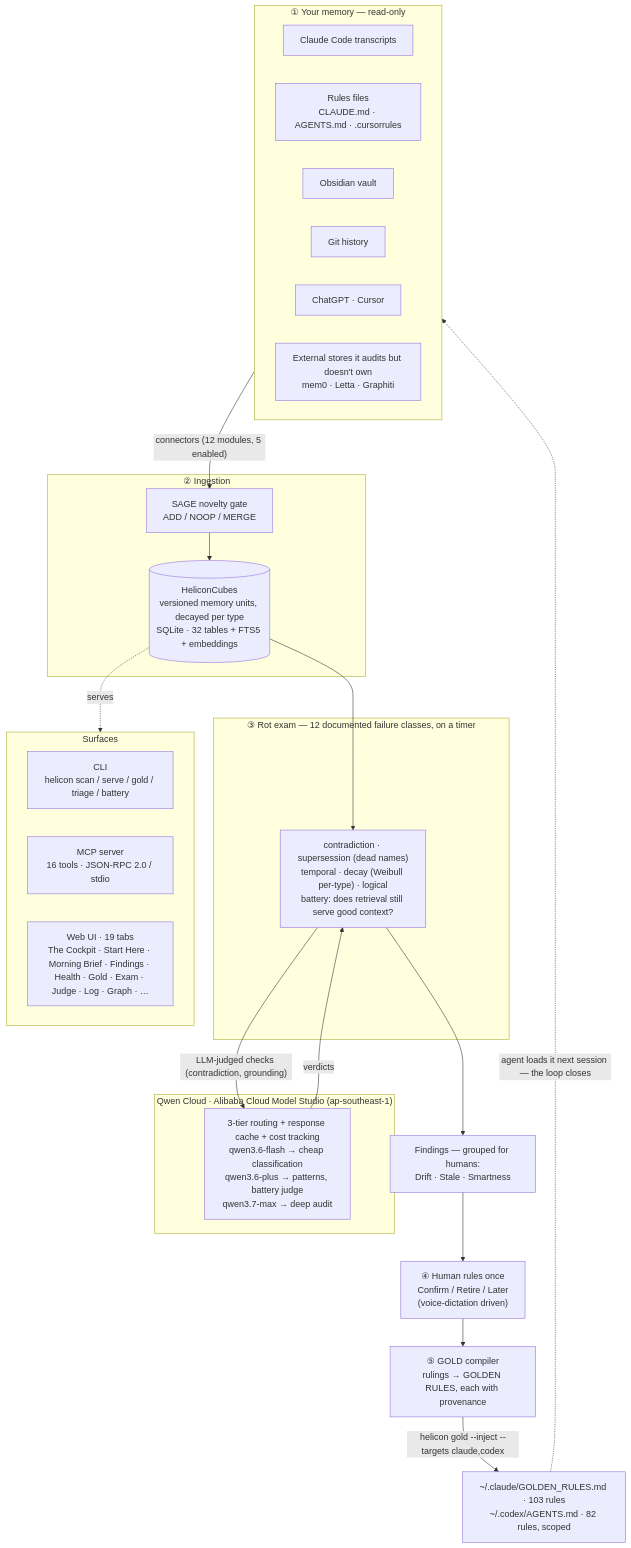
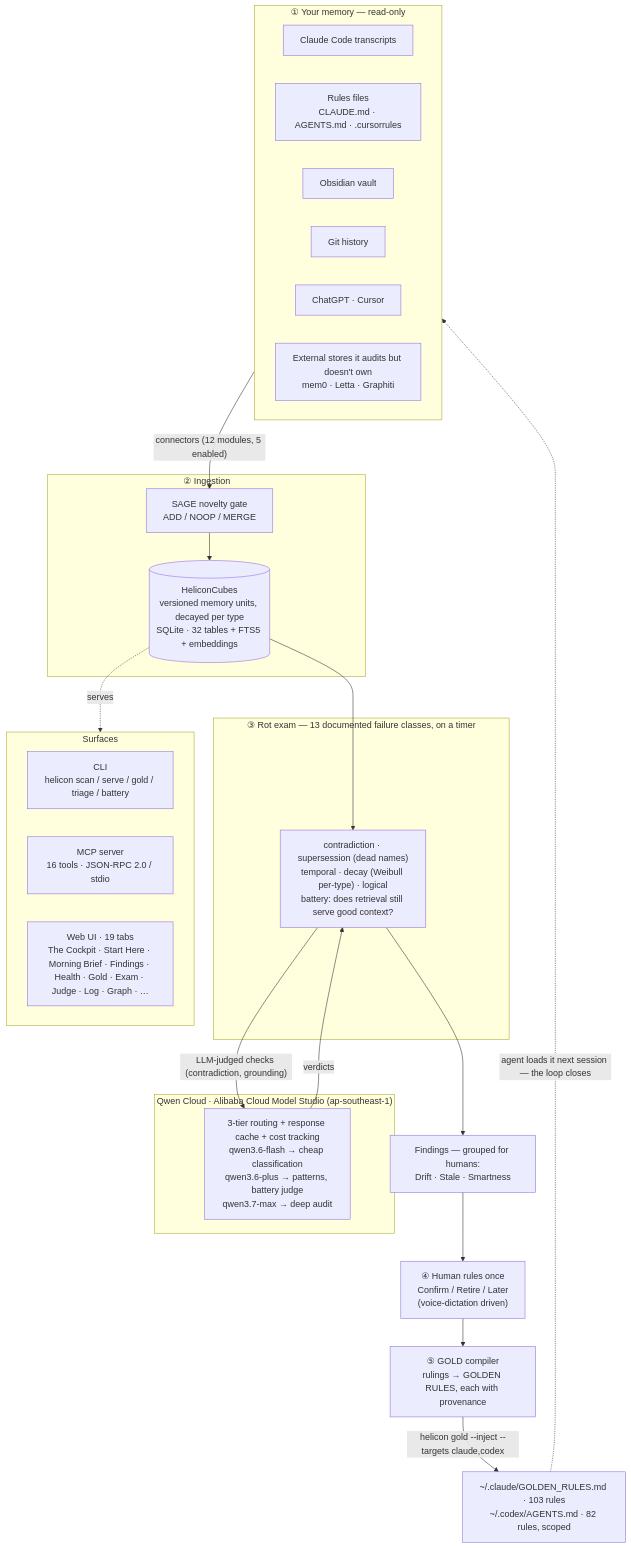
Before and after one commit to Morkeeth/mountain-of-helicon: the first of 2 diagrams in ARCHITECTURE.md, drawn with Mermaid. The commit also changed other lines of this file and 11 other files, not shown here.

````diff
--- a/ARCHITECTURE.md
+++ b/ARCHITECTURE.md
@@ -11,45 +11,45 @@
 ```mermaid
 flowchart TD
   subgraph SRC["① Your memory — read-only"]
     A1["Claude Code transcripts"]
     A2["Rules files<br/>CLAUDE.md · AGENTS.md · .cursorrules"]
     A3["Obsidian vault"]
     A4["Git history"]
     A5["ChatGPT · Cursor"]
     A6["External stores it audits but doesn't own<br/>mem0 · Letta · Graphiti"]
   end
 
   SRC -->|"connectors (12 modules, 5 enabled)"| GATE
 
   subgraph INGEST["② Ingestion"]
     GATE["SAGE novelty gate<br/>ADD / NOOP / MERGE"]
     CUBES[("HeliconCubes<br/>versioned memory units, decayed per type<br/>SQLite · 32 tables + FTS5 + embeddings")]
     GATE --> CUBES
   end
 
   CUBES --> EXAM
 
-  subgraph AUDIT["③ Rot exam — 12 documented failure classes, on a timer"]
+  subgraph AUDIT["③ Rot exam — 13 documented failure classes, on a timer"]
     EXAM["contradiction · supersession (dead names)<br/>temporal · decay (Weibull per-type) · logical<br/>battery: does retrieval still serve good context?"]
   end
 
   EXAM -->|"LLM-judged checks (contradiction, grounding)"| QWEN
   QWEN -->|verdicts| EXAM
 
   subgraph QWENC["Qwen Cloud · Alibaba Cloud Model Studio (ap-southeast-1)"]
     QWEN["3-tier routing + response cache + cost tracking<br/>qwen3.6-flash → cheap classification<br/>qwen3.6-plus → patterns, battery judge<br/>qwen3.7-max → deep audit"]
   end
 
   EXAM --> FIND["Findings — grouped for humans:<br/>Drift · Stale · Smartness"]
   FIND --> HUMAN["④ Human rules once<br/>Confirm / Retire / Later<br/>(voice-dictation driven)"]
   HUMAN --> GOLD["⑤ GOLD compiler<br/>rulings → GOLDEN RULES, each with provenance"]
   GOLD -->|"helicon gold --inject --targets claude,codex"| INJECT["~/.claude/GOLDEN_RULES.md · 103 rules<br/>~/.codex/AGENTS.md · 82 rules, scoped"]
   INJECT -.->|"agent loads it next session — the loop closes"| SRC
 
   CUBES -.serves.-> SURF
   subgraph SURF["Surfaces"]
     CLI["CLI<br/>helicon scan / serve / gold / triage / battery"]
     MCP["MCP server<br/>16 tools · JSON-RPC 2.0 / stdio"]
     WEB["Web UI · 19 tabs<br/>The Cockpit · Start Here · Morning Brief · Findings · Health · Gold · Exam · Judge · Log · Graph · …"]
   end
 ```
````
